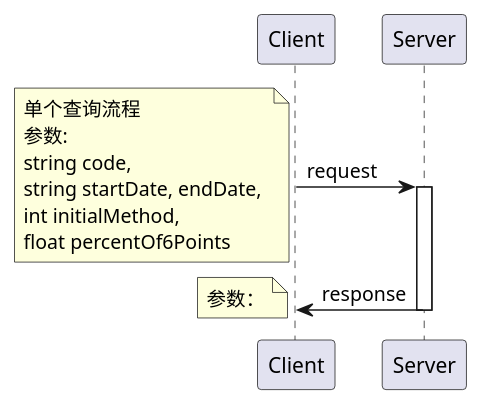
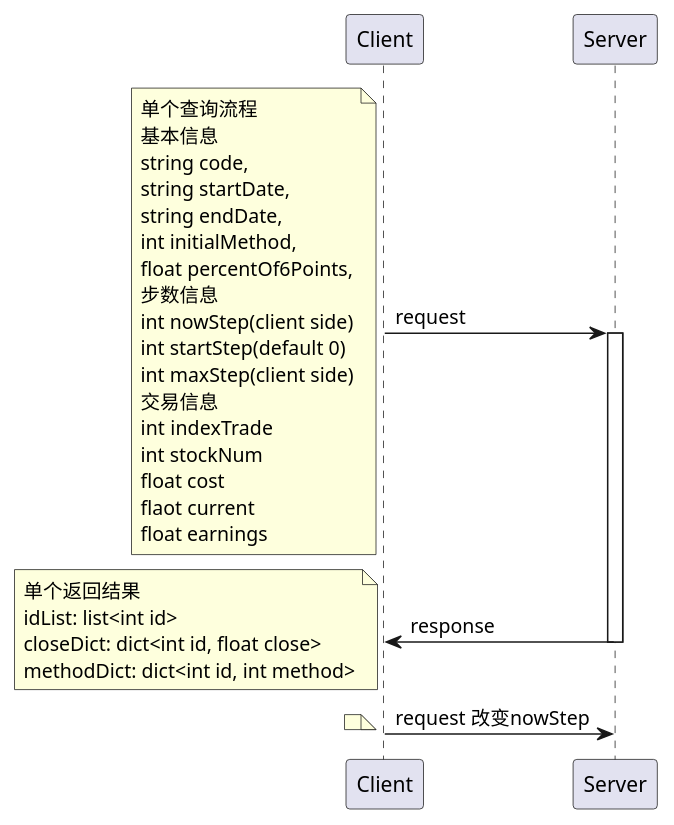
One commit to skywings110/pytorchLearn changed the diagram in sklearnLearn/single.puml. Above: the diagram before and after it, drawn with PlantUML.

Commit message:
添加属性

```diff
--- a/sklearnLearn/single.puml
+++ b/sklearnLearn/single.puml
@@ -1,21 +1,40 @@
 @startuml
 
 Client -> Server : request
 activate Server
 note left 
 单个查询流程
-参数: 
+基本信息
 string code, 
-string startDate, endDate, 
+string startDate, 
+string endDate, 
 int initialMethod, 
-float percentOf6Points
+float percentOf6Points,
+步数信息
+int nowStep(client side)
+int startStep(default 0)
+int maxStep(client side)
+交易信息
+int indexTrade
+int stockNum
+float cost
+flaot current
+float earnings
 end note
 
 Client <- Server : response
 note left
-参数：
+单个返回结果
+idList: list<int id>
+closeDict: dict<int id, float close>
+methodDict: dict<int id, int method>
+end note
+deactivate Server
+
+Client -> Server : request 改变nowStep
+note left
+
 end note
 
-deactivate Server
 
 @enduml
```
